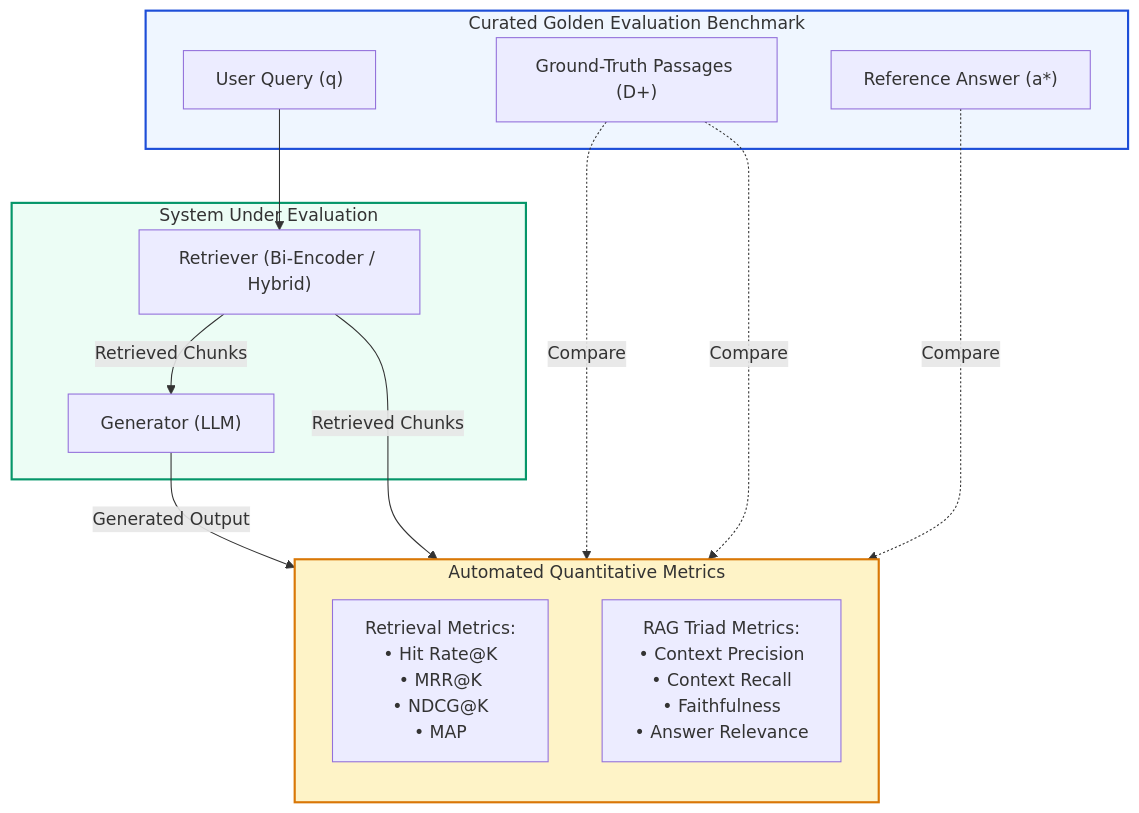
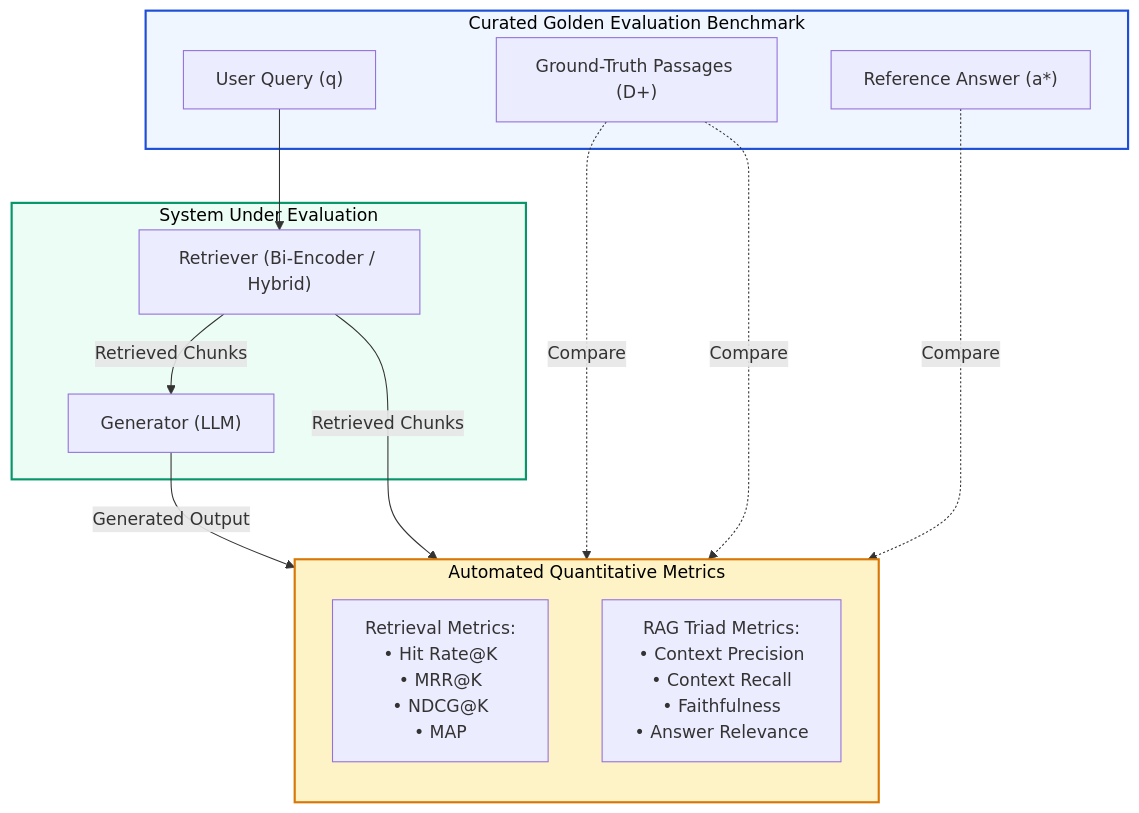
Before and after one commit to swapnil3104/RAG-Engineering: the first of 3 diagrams in 12-Resources/Datasets.md, drawn with Mermaid. The commit also changed other lines of this file and 108 other files, not shown here.

Commit message:
fix: make chart text visible across all Mermaid diagrams and resolve markdown table formatting issues

````diff
--- a/12-Resources/Datasets.md
+++ b/12-Resources/Datasets.md
@@ -33,31 +33,31 @@
 ```mermaid
 flowchart TD
     subgraph GoldenCorpus ["Curated Golden Evaluation Benchmark"]
         Q["User Query (q)"]
         GT_Docs["Ground-Truth Passages (D+)"]
         GT_Ans["Reference Answer (a*)"]
     end
 
     subgraph RAG_Pipeline ["System Under Evaluation"]
         RET["Retriever (Bi-Encoder / Hybrid)"]
         GEN["Generator (LLM)"]
     end
 
     subgraph MetricsEngine ["Automated Quantitative Metrics"]
         direction TB
         M1["Retrieval Metrics:<br/>• Hit Rate@K<br/>• MRR@K<br/>• NDCG@K<br/>• MAP"]
         M2["RAG Triad Metrics:<br/>• Context Precision<br/>• Context Recall<br/>• Faithfulness<br/>• Answer Relevance"]
     end
 
     Q --> RET
     RET -->|Retrieved Chunks| M1
     GT_Docs -.->|Compare| M1
     RET -->|Retrieved Chunks| GEN
     GEN -->|Generated Output| M2
     GT_Ans -.->|Compare| M2
     GT_Docs -.->|Compare| M2
 
-    style GoldenCorpus fill:#eff6ff,stroke:#1d4ed8,stroke-width:2px
-    style RAG_Pipeline fill:#ecfdf5,stroke:#059669,stroke-width:2px
-    style MetricsEngine fill:#fef3c7,stroke:#d97706,stroke-width:2px
+    style GoldenCorpus fill:#eff6ff,stroke:#1d4ed8,stroke-width:2px,color:#000000
+    style RAG_Pipeline fill:#ecfdf5,stroke:#059669,stroke-width:2px,color:#000000
+    style MetricsEngine fill:#fef3c7,stroke:#d97706,stroke-width:2px,color:#000000
 ```
````
